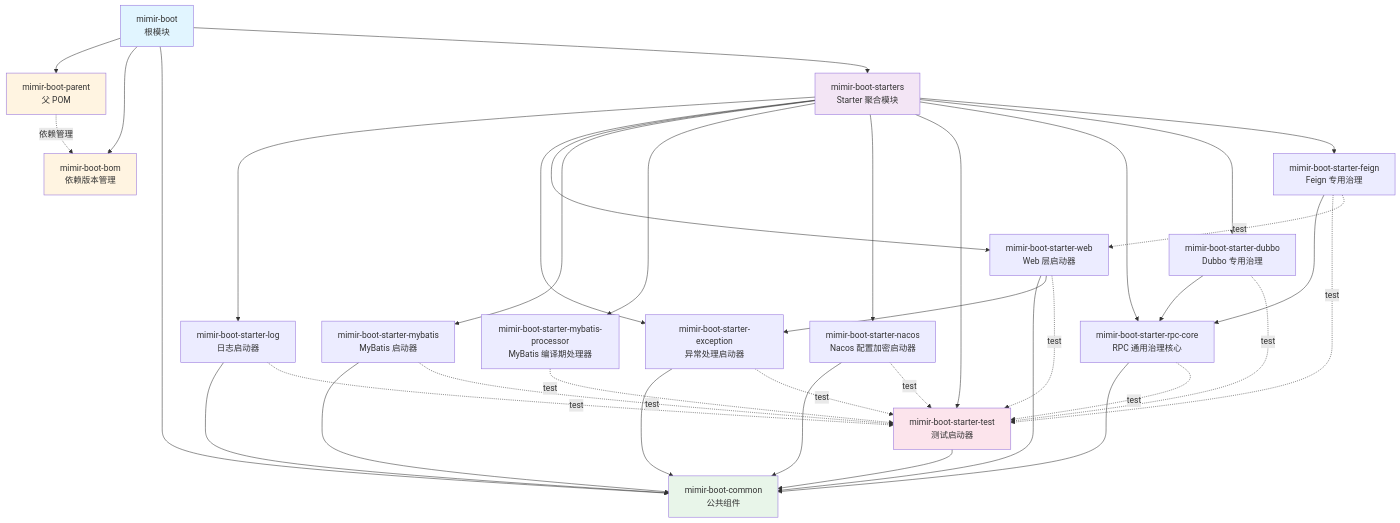
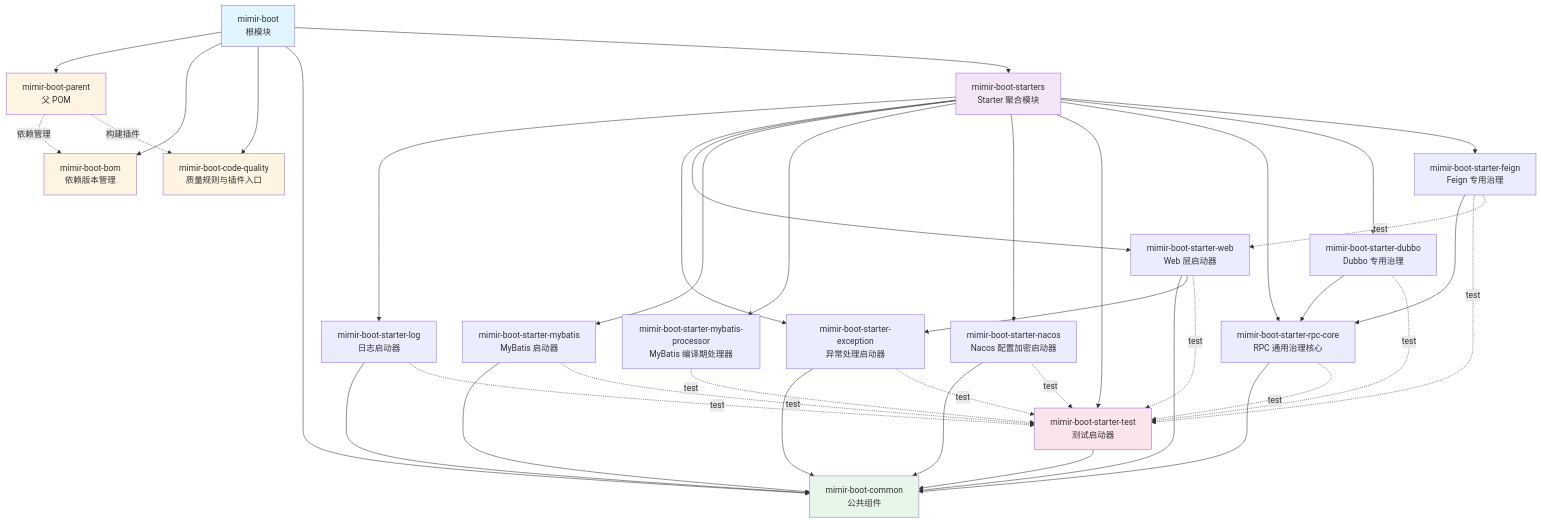
Before and after one commit to Yggdrasil-Labs/mimir-boot: the diagram in README.md, drawn with Mermaid. The commit also changed other lines of this file and 14 other files, not shown here.

````diff
--- a/README.md
+++ b/README.md
@@ -232,49 +234,52 @@
 ```mermaid
 graph TD
     Root[mimir-boot<br/>根模块] --> Parent[mimir-boot-parent<br/>父 POM]
     Root --> BOM[mimir-boot-bom<br/>依赖版本管理]
+    Root --> Quality[mimir-boot-code-quality<br/>质量规则与插件入口]
     Root --> Common[mimir-boot-common<br/>公共组件]
     Root --> Starters[mimir-boot-starters<br/>Starter 聚合模块]
     
     Parent -.依赖管理.-> BOM
+    Parent -.构建插件.-> Quality
     
     Starters --> Log[mimir-boot-starter-log<br/>日志启动器]
     Starters --> Exception[mimir-boot-starter-exception<br/>异常处理启动器]
     Starters --> Web[mimir-boot-starter-web<br/>Web 层启动器]
     Starters --> MyBatis[mimir-boot-starter-mybatis<br/>MyBatis 启动器]
     Starters --> Processor[mimir-boot-starter-mybatis-processor<br/>MyBatis 编译期处理器]
     Starters --> Nacos[mimir-boot-starter-nacos<br/>Nacos 配置加密启动器]
     Starters --> Test[mimir-boot-starter-test<br/>测试启动器]
     Starters --> RPCCore[mimir-boot-starter-rpc-core<br/>RPC 通用治理核心]
     Starters --> Dubbo[mimir-boot-starter-dubbo<br/>Dubbo 专用治理]
     Starters --> Feign[mimir-boot-starter-feign<br/>Feign 专用治理]
     
     Log --> Common
     Log -.test.-> Test
     Exception --> Common
     Exception -.test.-> Test
     Web --> Common
     Web --> Exception
     Web -.test.-> Test
     MyBatis --> Common
     MyBatis -.test.-> Test
     Processor -.test.-> Test
     Nacos --> Common
     Nacos -.test.-> Test
     Test --> Common
     
     RPCCore --> Common
     RPCCore -.test.-> Test
     Dubbo --> RPCCore
     Dubbo -.test.-> Test
     Feign --> RPCCore
     Feign -.test.-> Test
     Feign -.test.-> Web
     
     style Root fill:#e1f5ff
     style Parent fill:#fff4e1
     style BOM fill:#fff4e1
+    style Quality fill:#fff4e1
     style Common fill:#e8f5e9
     style Starters fill:#f3e5f5
     style Test fill:#fce4ec
 ```
````
